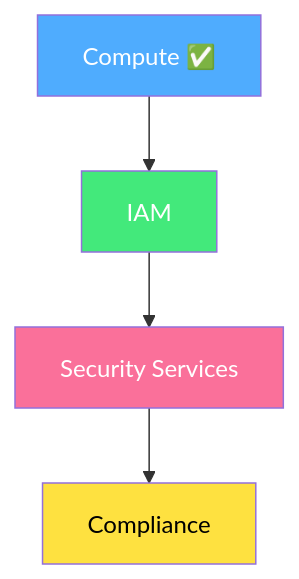
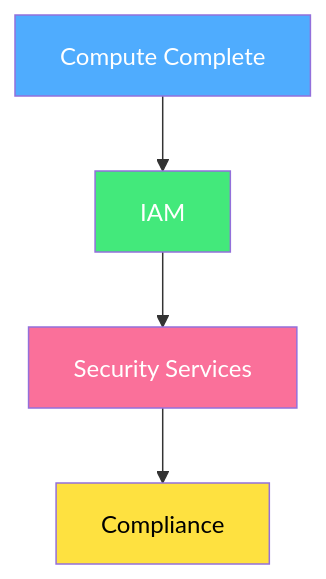
Before and after one commit to Khuzaima05/landing-zone-detailed: the fourth of 6 diagrams in docs-website/docs/learning-path.md, drawn with Mermaid. The commit also changed other lines of this file, not shown here.

Commit message:
fix: Correct Mermaid syntax errors in learning path diagrams

````diff
--- a/docs-website/docs/learning-path.md
+++ b/docs-website/docs/learning-path.md
@@ -86,10 +86,10 @@
 ```mermaid
 graph TD
-    A[Compute ✅] --> B[IAM]
-    B --> C[Security Services]
-    C --> D[Compliance]
+    A["Compute Complete"] --> B["IAM"]
+    B --> C["Security Services"]
+    C --> D["Compliance"]
     style A fill:#4facfe,color:#fff
     style B fill:#43e97b,color:#fff
     style C fill:#fa709a,color:#fff
     style D fill:#fee140,color:#000
 ```
````
